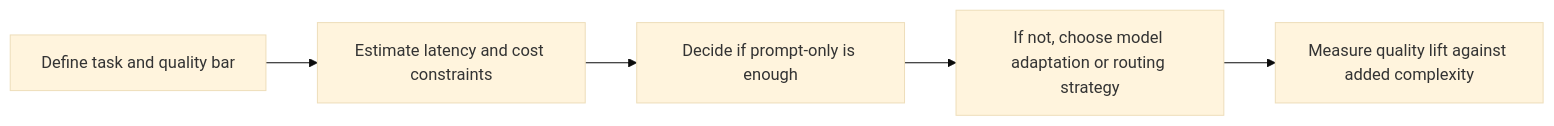
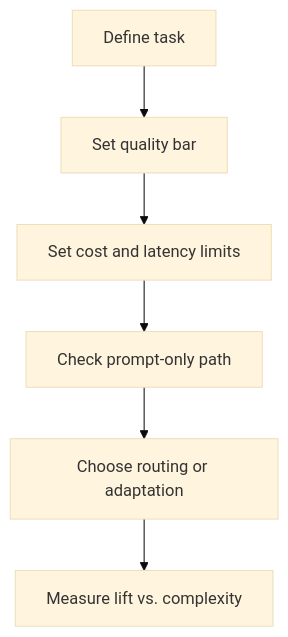
The diagram in 03-model-strategy/README.md (ArslanArda/ai-pm-playbook), drawn with Mermaid (base theme) before and after one commit. The commit also changed 9 other files, not shown here.

Commit message:
Make workflow diagrams render more reliably on GitHub

````diff
--- a/03-model-strategy/README.md
+++ b/03-model-strategy/README.md
@@ -79,7 +79,8 @@
 ```mermaid
-flowchart LR
-    A["Define task and quality bar"] --> B["Estimate latency and cost constraints"]
-    B --> C["Decide if prompt-only is enough"]
-    C --> D["If not, choose model adaptation or routing strategy"]
-    D --> E["Measure quality lift against added complexity"]
+flowchart TD
+    A["Define task"] --> B["Set quality bar"]
+    B --> C["Set cost and latency limits"]
+    C --> D["Check prompt-only path"]
+    D --> E["Choose routing or adaptation"]
+    E --> F["Measure lift vs. complexity"]
 ```
````
